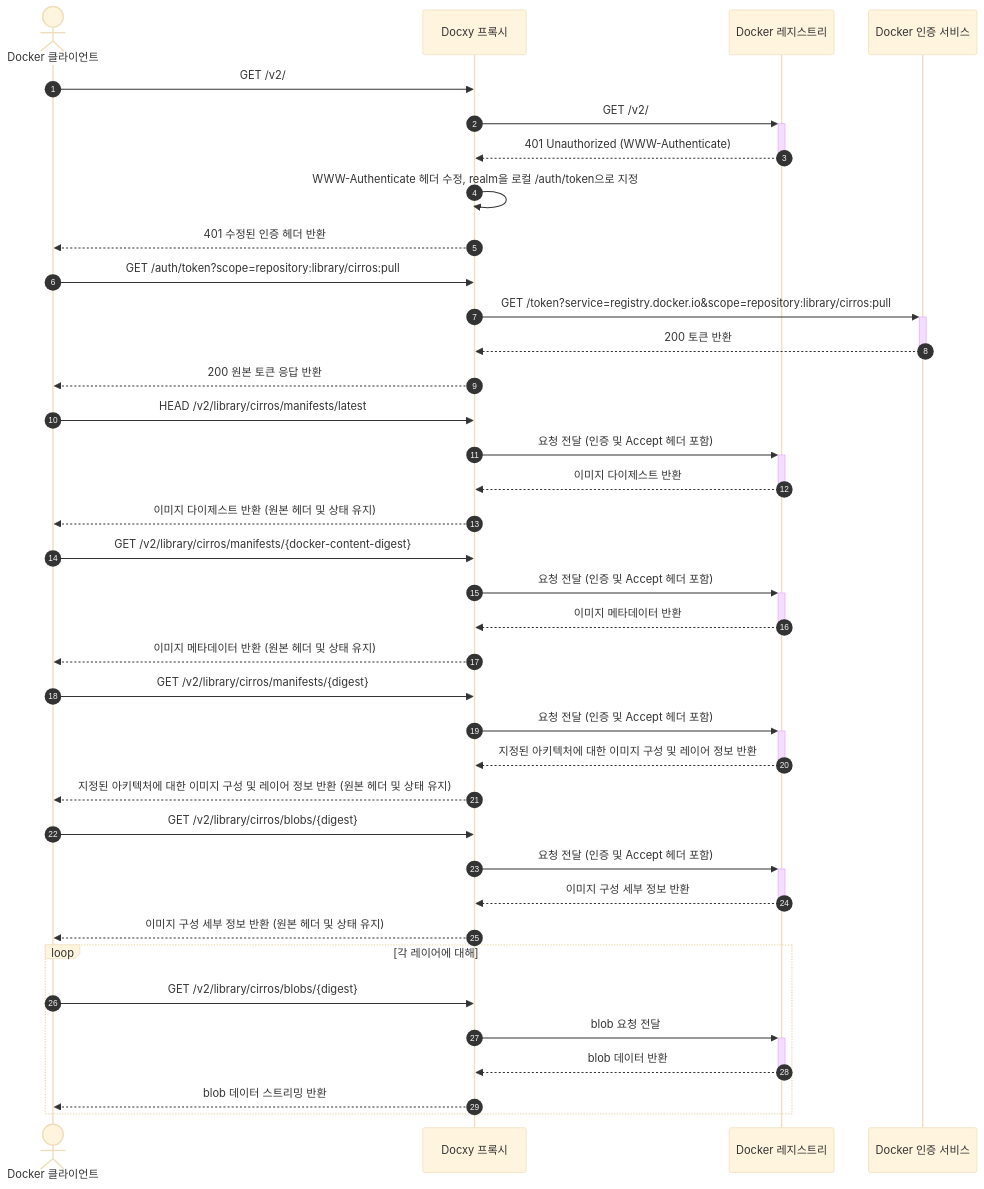
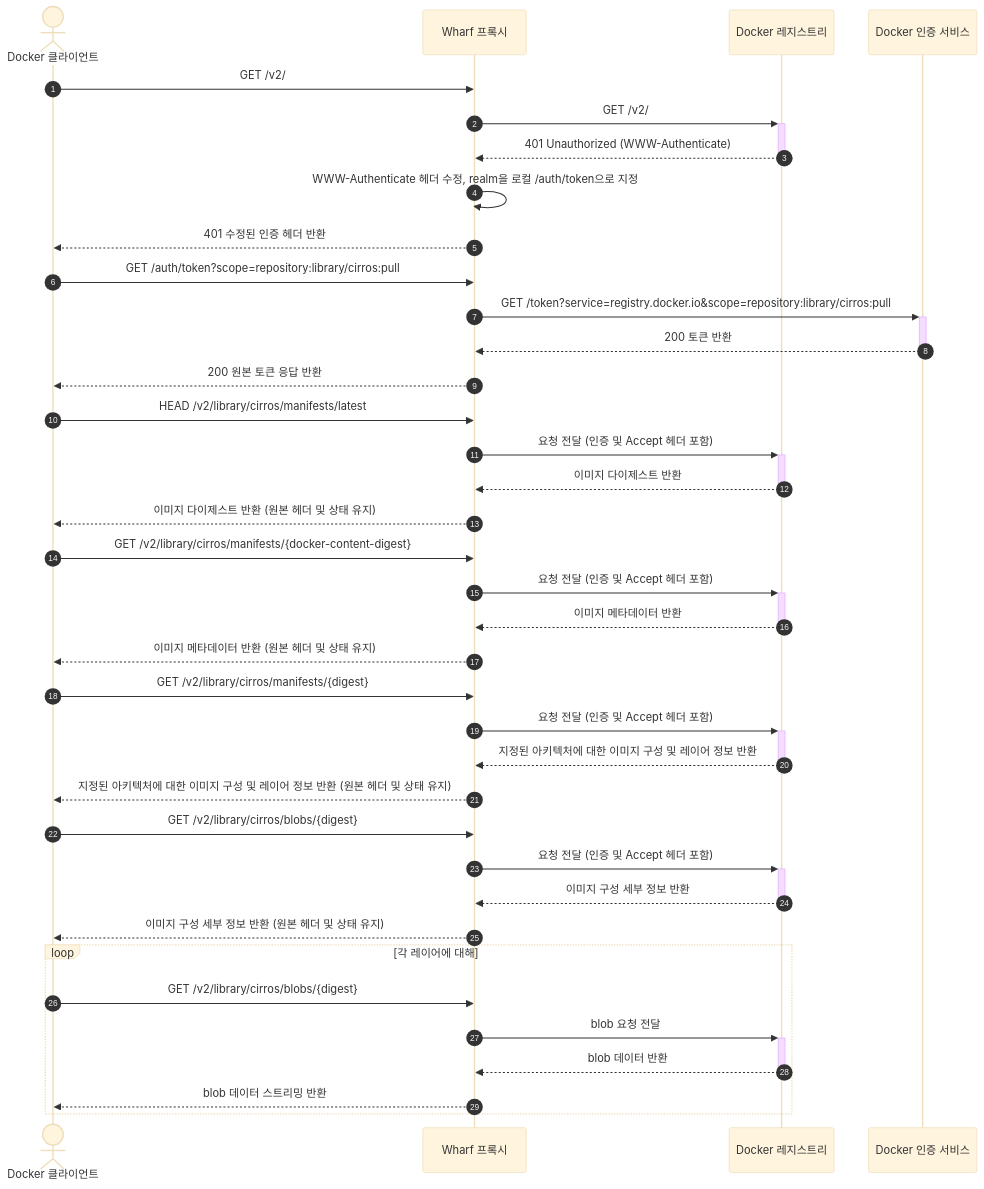
One commit to harrisonwang/docxy changed the second of 2 diagrams in docs/ARCHITECTURE_KR.md. Above: the diagram before and after it, drawn with Mermaid (base theme). The commit also changed other lines of this file and 24 other files, not shown here.

Commit message:
🦄 refactor: 将项目从 Docxy 更名为 Wharf

````diff
--- a/docs/ARCHITECTURE_KR.md
+++ b/docs/ARCHITECTURE_KR.md
@@ -77,53 +77,53 @@
 ```mermaid
 sequenceDiagram
     autonumber
     actor Client as Docker 클라이언트
-    participant Proxy as Docxy 프록시
+    participant Proxy as Wharf 프록시
     participant Registry as Docker 레지스트리
     participant Auth as Docker 인증 서비스
     
     %% 챌린지 요청 처리
     Client->>Proxy: GET /v2/
     Proxy->>+Registry: GET /v2/
     Registry-->>-Proxy: 401 Unauthorized (WWW-Authenticate)
     Proxy->>Proxy: WWW-Authenticate 헤더 수정, realm을 로컬 /auth/token으로 지정
     Proxy-->>Client: 401 수정된 인증 헤더 반환
     
     %% 토큰 획득
     Client->>Proxy: GET /auth/token?scope=repository:library/cirros:pull
     Proxy->>+Auth: GET /token?service=registry.docker.io&scope=repository:library/cirros:pull
     Auth-->>-Proxy: 200 토큰 반환
     Proxy-->>Client: 200 원본 토큰 응답 반환
     
     %% 이미지 매니페스트 요청 (다이제스트용)
     Client->>Proxy: HEAD /v2/library/cirros/manifests/latest
     Proxy->>+Registry: 요청 전달 (인증 및 Accept 헤더 포함)
     Registry-->>-Proxy: 이미지 다이제스트 반환
     Proxy-->>Client: 이미지 다이제스트 반환 (원본 헤더 및 상태 유지)
 
     %% 이미지 메타데이터 요청
     Client->>Proxy: GET /v2/library/cirros/manifests/{docker-content-digest}
     Proxy->>+Registry: 요청 전달 (인증 및 Accept 헤더 포함)
     Registry-->>-Proxy: 이미지 메타데이터 반환
     Proxy-->>Client: 이미지 메타데이터 반환 (원본 헤더 및 상태 유지)
 
     %% 이미지 구성 및 레이어 정보 요청
     Client->>Proxy: GET /v2/library/cirros/manifests/{digest}
     Proxy->>+Registry: 요청 전달 (인증 및 Accept 헤더 포함)
     Registry-->>-Proxy: 지정된 아키텍처에 대한 이미지 구성 및 레이어 정보 반환
     Proxy-->>Client: 지정된 아키텍처에 대한 이미지 구성 및 레이어 정보 반환 (원본 헤더 및 상태 유지)
 
     %% 이미지 구성 세부 정보 요청
     Client->>Proxy: GET /v2/library/cirros/blobs/{digest}
     Proxy->>+Registry: 요청 전달 (인증 및 Accept 헤더 포함)
     Registry-->>-Proxy: 이미지 구성 세부 정보 반환
     Proxy-->>Client: 이미지 구성 세부 정보 반환 (원본 헤더 및 상태 유지)
     
     %% 이미지 레이어 바이너리 데이터 요청 (각 레이어에 대해 반복)
     loop 각 레이어에 대해
         Client->>Proxy: GET /v2/library/cirros/blobs/{digest}
         Proxy->>+Registry: blob 요청 전달
         Registry-->>-Proxy: blob 데이터 반환
         Proxy-->>Client: blob 데이터 스트리밍 반환
     end
 ```
````
